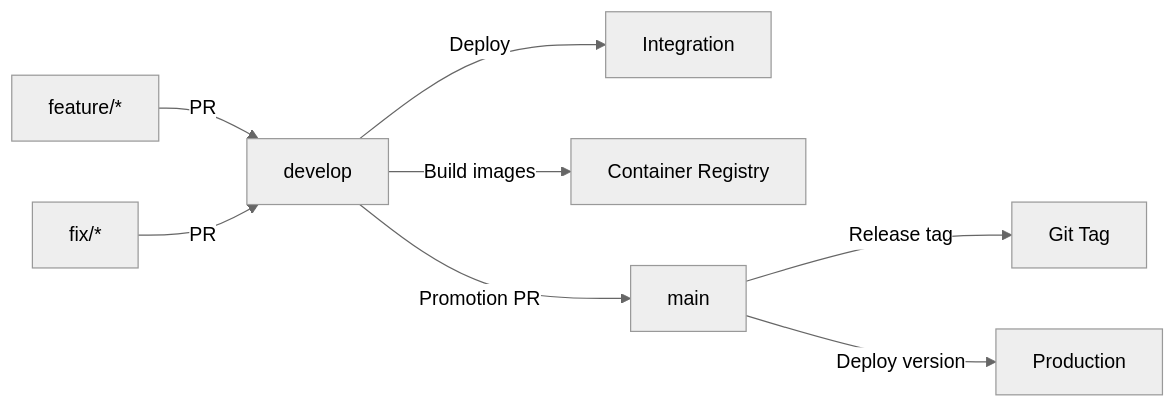
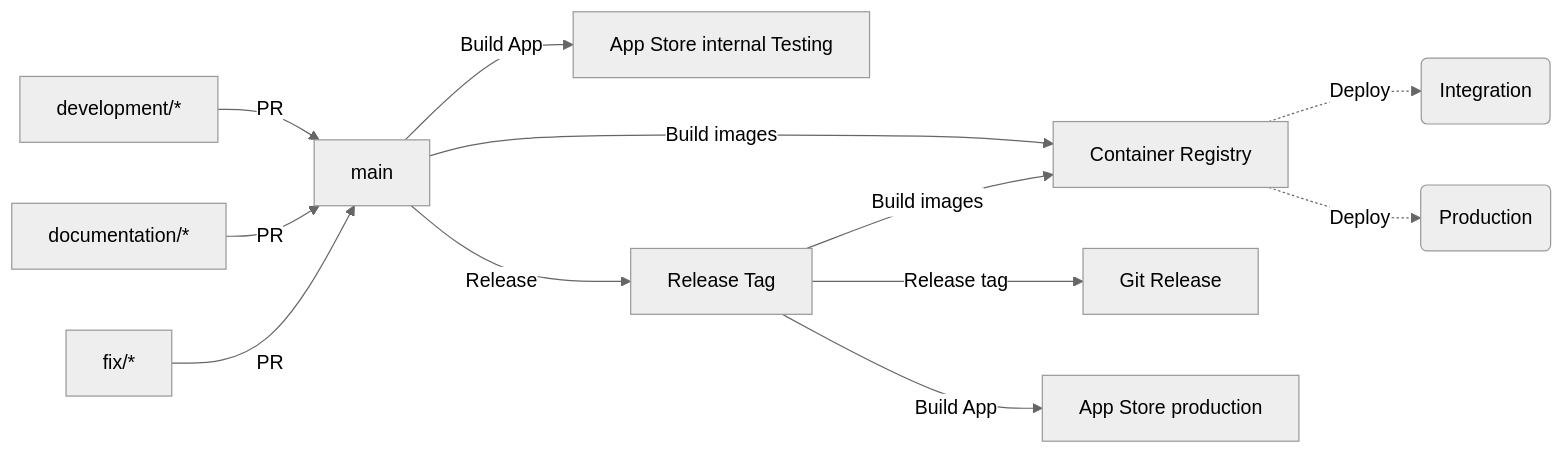
One commit to Sanifant/Feuerwehr-KPP changed the diagram in README.md. Above: the diagram before and after it, drawn with Mermaid (neutral theme). The commit also changed other lines of this file and 5 other files, not shown here.

````diff
--- a/README.md
+++ b/README.md
@@ -38,10 +37,23 @@
 ```mermaid
+---
+config:
+  flowchart:
+    stepDuration: 0.5
+---
 flowchart LR
-    F1[feature/*] -->|PR| D[develop]
-    FX[fix/*] -->|PR| D
-    D -->|Deploy| INT[Integration]
-    D -->|Build images| R1[Container Registry]
-    D -->|Promotion PR| M[main]
-    M -->|Release tag| T[Git Tag]
-    M -->|Deploy version| PROD[Production]
+    F1[development/*] e1@-->|PR| M[main]
+    F2[documentation/*] e1@-->|PR| M
+    FX[fix/*] e1@-->|PR| M
+    M  e2@--> |Build images | R1[Container Registry]
+    M  e2@--> |Build App| A1[App Store internal Testing] 
+    R1 e3@-. Deploy .-> INT(Integration)
+    M  e2@--> |Release| R[Release Tag]
+    R  e3@--> |Release tag| T[Git Release]
+    R  e3@--> |Build images| R1[Container Registry]
+    R1  e4@-. Deploy .-> PROD(Production)
+    R  e3@--> |Build App| A2[App Store production]
+    e1@{ step: 1 }
+    e2@{ step: 2 }
+    e3@{ step: 3 }
+    e4@{ step: 4 }
 ```
````
